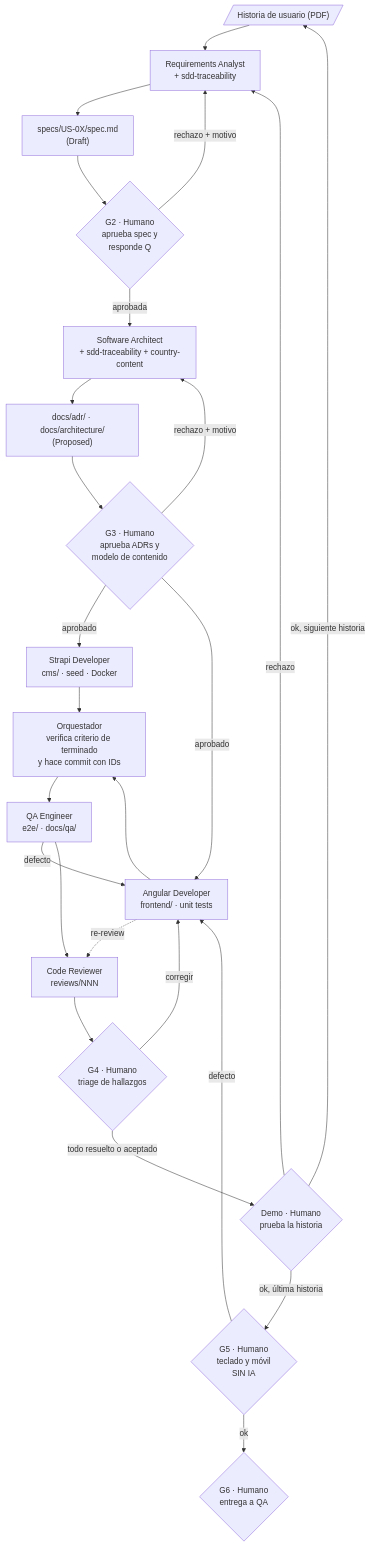
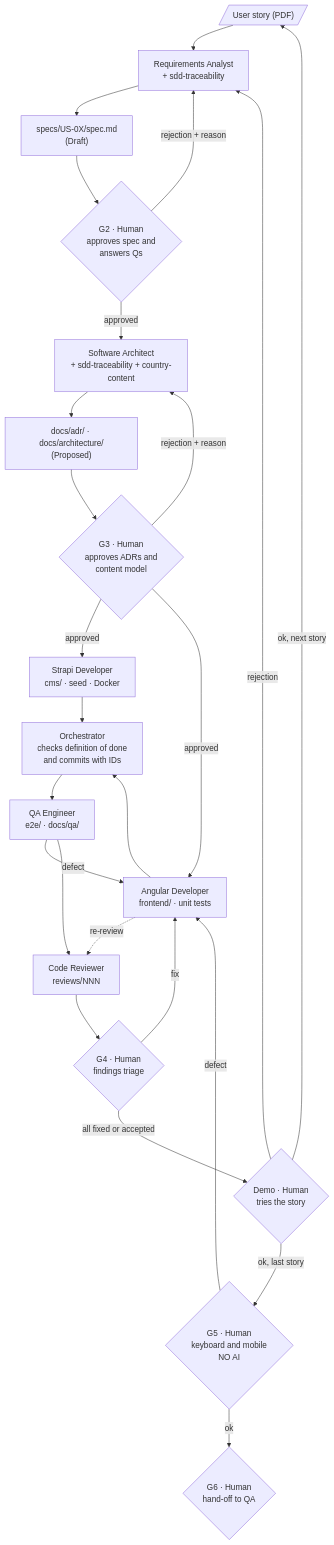
Before and after one commit to Jorgeandd10/car-insurance-quote-multicountry: the diagram in FLOW.md, drawn with Mermaid. The commit also changed other lines of this file and 35 other files, not shown here.

````diff
--- a/FLOW.md
+++ b/FLOW.md
@@ -40,27 +40,27 @@
 ```mermaid
 flowchart TD
-    PDF[/"Historia de usuario (PDF)"/] --> RA["Requirements Analyst<br/>+ sdd-traceability"]
+    PDF[/"User story (PDF)"/] --> RA["Requirements Analyst<br/>+ sdd-traceability"]
     RA --> SPEC["specs/US-0X/spec.md<br/>(Draft)"]
-    SPEC --> G2{"G2 · Humano<br/>aprueba spec y<br/>responde Q"}
-    G2 -- rechazo + motivo --> RA
-    G2 -- aprobada --> ARC["Software Architect<br/>+ sdd-traceability + country-content"]
+    SPEC --> G2{"G2 · Human<br/>approves spec and<br/>answers Qs"}
+    G2 -- rejection + reason --> RA
+    G2 -- approved --> ARC["Software Architect<br/>+ sdd-traceability + country-content"]
     ARC --> ADR["docs/adr/ · docs/architecture/<br/>(Proposed)"]
-    ADR --> G3{"G3 · Humano<br/>aprueba ADRs y<br/>modelo de contenido"}
-    G3 -- rechazo + motivo --> ARC
-    G3 -- aprobado --> CMS["Strapi Developer<br/>cms/ · seed · Docker"]
-    G3 -- aprobado --> FE["Angular Developer<br/>frontend/ · unit tests"]
-    CMS --> ORQ["Orquestador<br/>verifica criterio de terminado<br/>y hace commit con IDs"]
+    ADR --> G3{"G3 · Human<br/>approves ADRs and<br/>content model"}
+    G3 -- rejection + reason --> ARC
+    G3 -- approved --> CMS["Strapi Developer<br/>cms/ · seed · Docker"]
+    G3 -- approved --> FE["Angular Developer<br/>frontend/ · unit tests"]
+    CMS --> ORQ["Orchestrator<br/>checks definition of done<br/>and commits with IDs"]
     FE --> ORQ
     ORQ --> QA["QA Engineer<br/>e2e/ · docs/qa/"]
-    QA -- defecto --> FE
+    QA -- defect --> FE
     QA --> CR["Code Reviewer<br/>reviews/NNN"]
-    CR --> G4{"G4 · Humano<br/>triage de hallazgos"}
-    G4 -- corregir --> FE
+    CR --> G4{"G4 · Human<br/>findings triage"}
+    G4 -- fix --> FE
     FE -. re-review .-> CR
-    G4 -- todo resuelto o aceptado --> DEMO{"Demo · Humano<br/>prueba la historia"}
-    DEMO -- rechazo --> RA
-    DEMO -- ok, siguiente historia --> PDF
-    DEMO -- ok, última historia --> G5{"G5 · Humano<br/>teclado y móvil<br/>SIN IA"}
-    G5 -- defecto --> FE
-    G5 -- ok --> G6{"G6 · Humano<br/>entrega a QA"}
+    G4 -- all fixed or accepted --> DEMO{"Demo · Human<br/>tries the story"}
+    DEMO -- rejection --> RA
+    DEMO -- ok, next story --> PDF
+    DEMO -- ok, last story --> G5{"G5 · Human<br/>keyboard and mobile<br/>NO AI"}
+    G5 -- defect --> FE
+    G5 -- ok --> G6{"G6 · Human<br/>hand-off to QA"}
 ```
````
